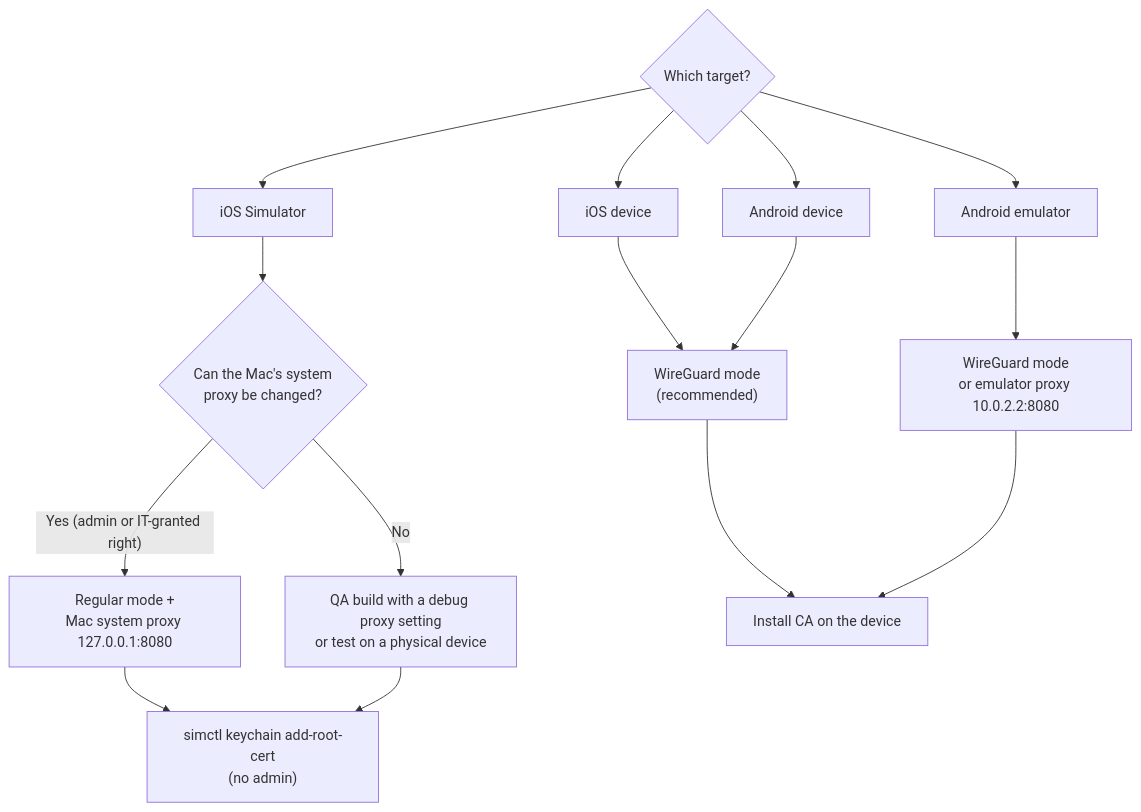
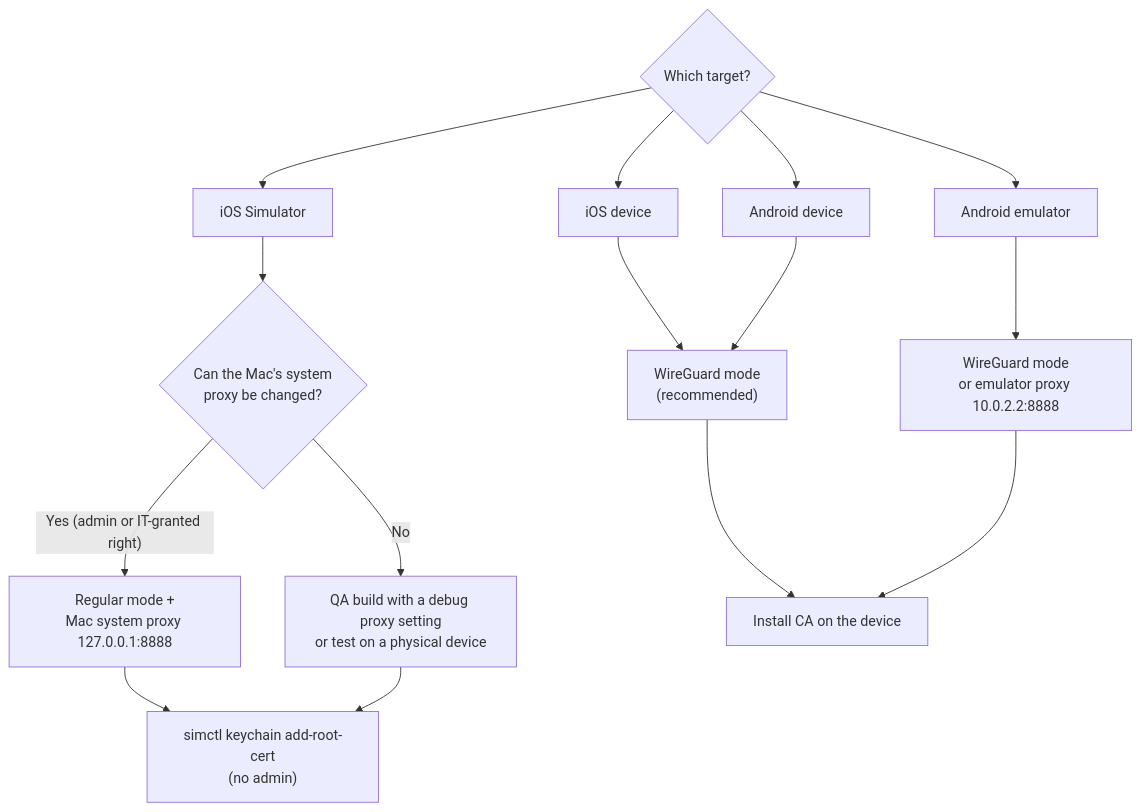
The third of 14 diagrams in docs/diagrams.md (chienng/wiretrace), drawn with Mermaid before and after one commit. The commit also changed other lines of this file and 30 other files, not shown here.

First line of the commit message:
feat: accept the Wi-Fi proxy and WireGuard in one session by default (0.9.1)

````diff
--- a/docs/diagrams.md
+++ b/docs/diagrams.md
@@ -90,21 +90,21 @@
 ```mermaid
 flowchart TD
     S{Which target?}
     S --> IOSD[iOS device]
     S --> AD[Android device]
     S --> AE[Android emulator]
     S --> IOSS[iOS Simulator]
 
     IOSD --> W["WireGuard mode<br/>(recommended)"]
     AD --> W
-    AE --> WE["WireGuard mode<br/>or emulator proxy 10.0.2.2:8080"]
+    AE --> WE["WireGuard mode<br/>or emulator proxy 10.0.2.2:8888"]
 
     IOSS --> SIM{Can the Mac's system<br/>proxy be changed?}
-    SIM -- "Yes (admin or IT-granted right)" --> SP["Regular mode +<br/>Mac system proxy 127.0.0.1:8080"]
+    SIM -- "Yes (admin or IT-granted right)" --> SP["Regular mode +<br/>Mac system proxy 127.0.0.1:8888"]
     SIM -- No --> SN["QA build with a debug proxy setting<br/>or test on a physical device"]
 
     W --> CA[Install CA on the device]
     WE --> CA
     SP --> CAS["simctl keychain add-root-cert<br/>(no admin)"]
     SN --> CAS
 ```
````
